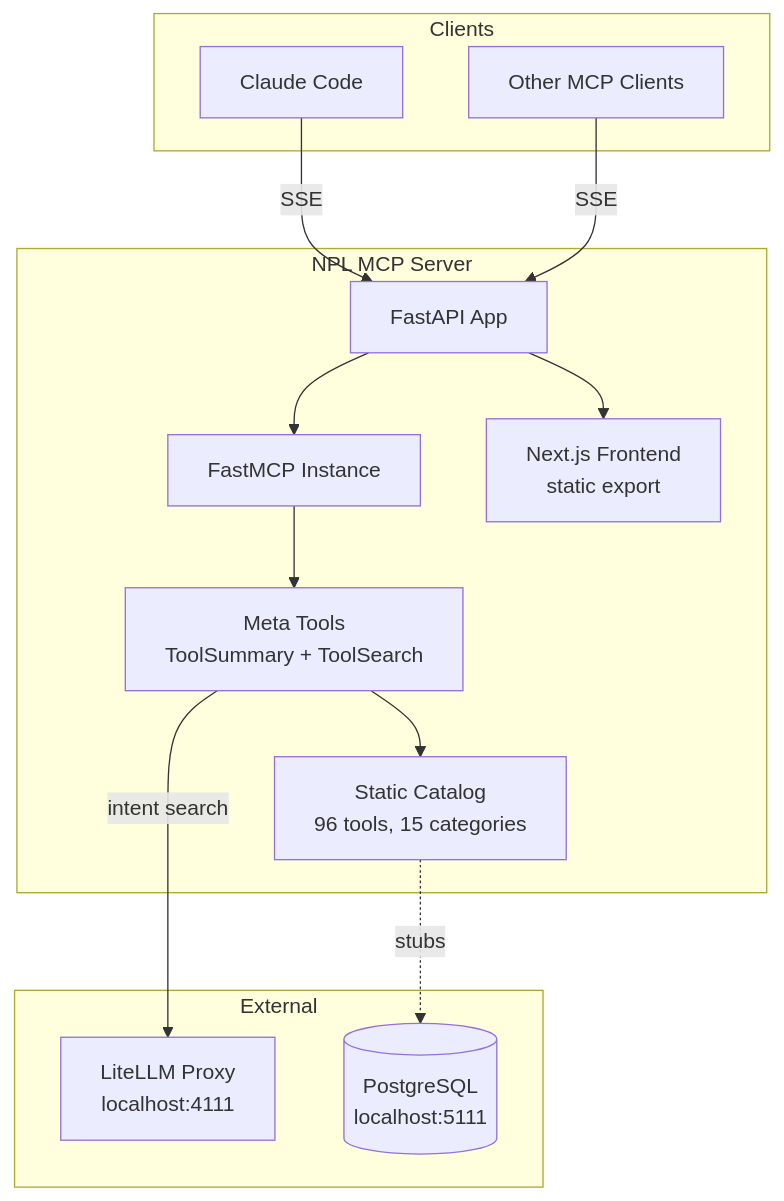
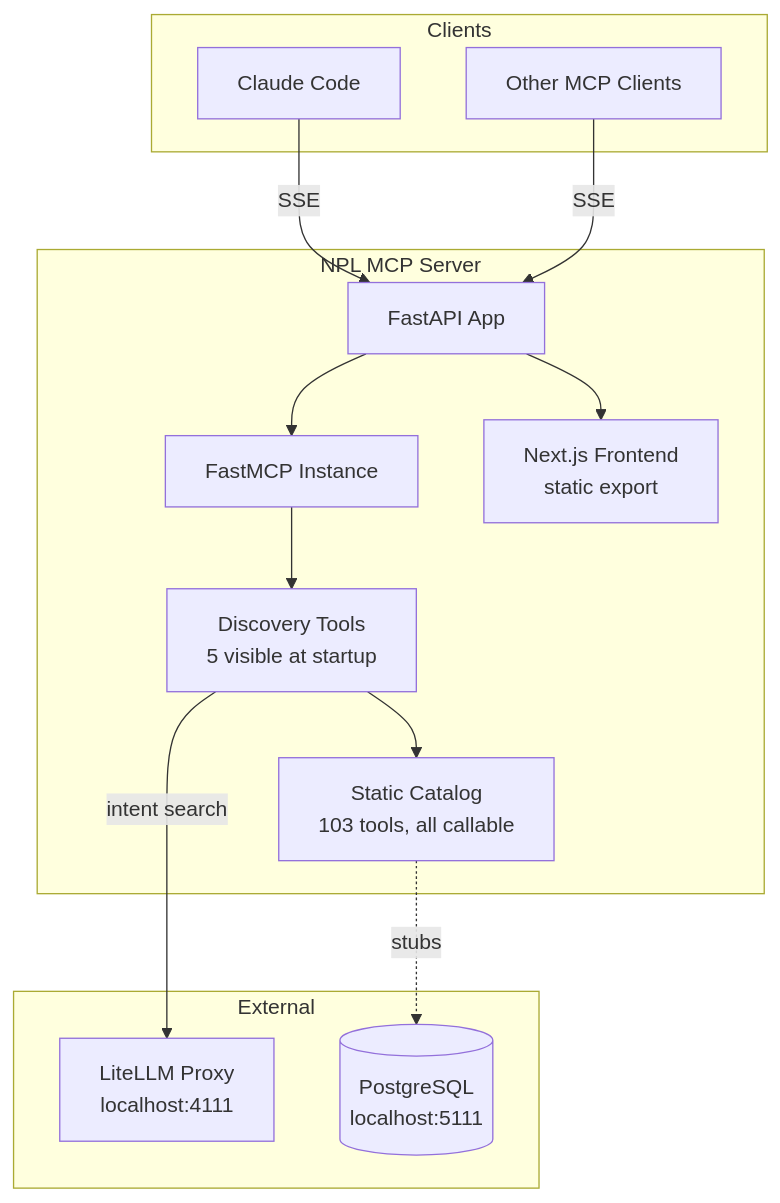
The diagram in docs/PROJ-ARCH.md (noizu-labs-ml/NoizuPromptLingo), drawn with Mermaid before and after one commit. The commit also changed other lines of this file and 8 other files, not shown here.

````diff
--- a/docs/PROJ-ARCH.md
+++ b/docs/PROJ-ARCH.md
@@ -11,29 +11,29 @@
 ```mermaid
 graph TB
     subgraph Clients
         CC[Claude Code]
         Other[Other MCP Clients]
     end
 
     subgraph "NPL MCP Server"
         API[FastAPI App]
         MCP[FastMCP Instance]
-        Meta[Meta Tools<br/>ToolSummary + ToolSearch]
-        Catalog[Static Catalog<br/>96 tools, 15 categories]
+        Meta[Discovery Tools<br/>5 visible at startup]
+        Catalog[Static Catalog<br/>103 tools, all callable]
         FE[Next.js Frontend<br/>static export]
     end
 
     subgraph External
         LLM[LiteLLM Proxy<br/>localhost:4111]
         DB[(PostgreSQL<br/>localhost:5111)]
     end
 
     CC -->|SSE| API
     Other -->|SSE| API
     API --> MCP
     MCP --> Meta
     Meta --> Catalog
     Meta -->|intent search| LLM
     API --> FE
     Catalog -.->|stubs| DB
 ```
````
